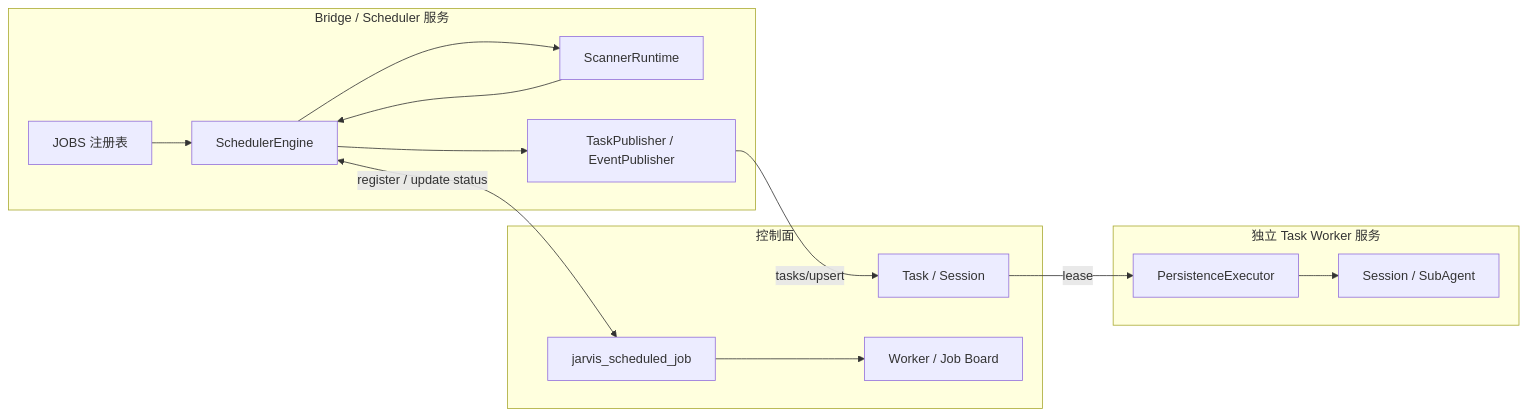
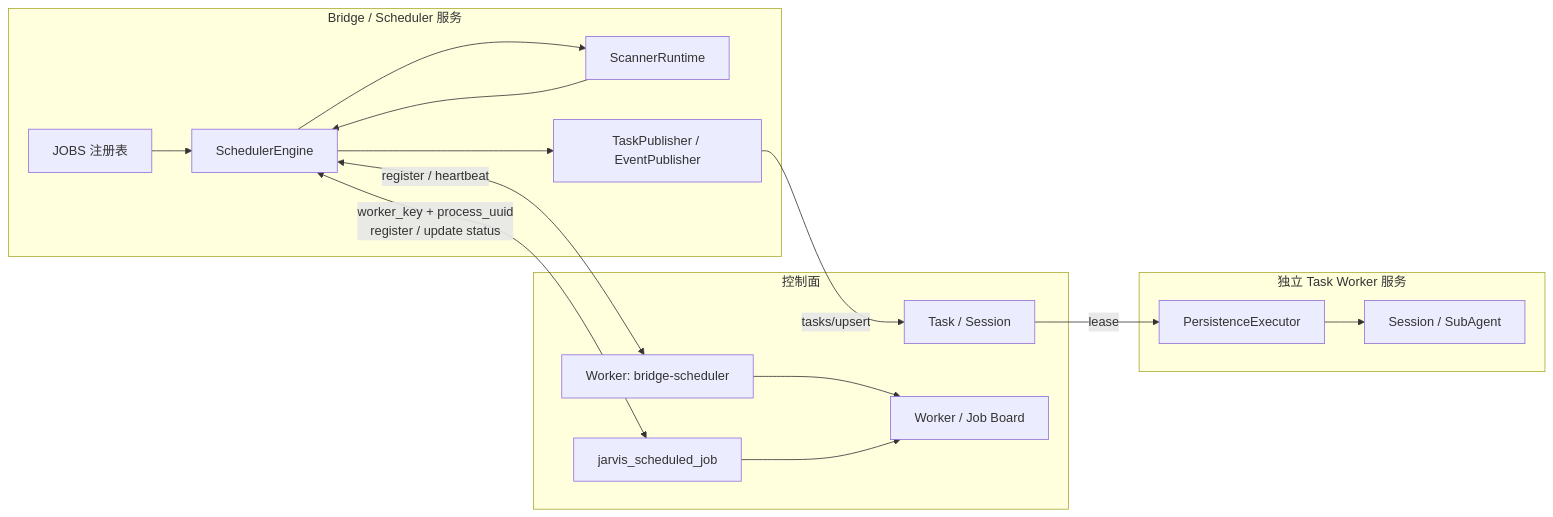
The first of 2 diagrams in docs/superpowers/specs/2026-07-20-bridge-scheduler-refactor-design.md (aliyun/terraform-provider-alicloud), drawn with Mermaid before and after one commit. The commit also changed other lines of this file, not shown here.

Commit message:
docs(bridge): define singleton scheduler worker

````diff
--- a/docs/superpowers/specs/2026-07-20-bridge-scheduler-refactor-design.md
+++ b/docs/superpowers/specs/2026-07-20-bridge-scheduler-refactor-design.md
@@ -103,30 +125,33 @@
 ```mermaid
 flowchart LR
     subgraph Bridge["Bridge / Scheduler 服务"]
         Registry["JOBS 注册表"]
         Engine["SchedulerEngine"]
         Runtime["ScannerRuntime"]
         Publisher["TaskPublisher / EventPublisher"]
         Registry --> Engine
         Engine --> Runtime
         Runtime --> Engine
         Engine --> Publisher
     end
 
     subgraph CP["控制面"]
+        SchedulerWorker["Worker: bridge-scheduler"]
         JobState["jarvis_scheduled_job"]
         Task["Task / Session"]
         Board["Worker / Job Board"]
     end
 
     subgraph Worker["独立 Task Worker 服务"]
         Lease["PersistenceExecutor"]
         Agent["Session / SubAgent"]
         Lease --> Agent
     end
 
-    Engine <-->|"register / update status"| JobState
+    Engine <-->|"register / heartbeat"| SchedulerWorker
+    Engine <-->|"worker_key + process_uuid\nregister / update status"| JobState
     Publisher -->|"tasks/upsert"| Task
+    SchedulerWorker --> Board
     JobState --> Board
     Task -->|"lease"| Lease
 ```
````
